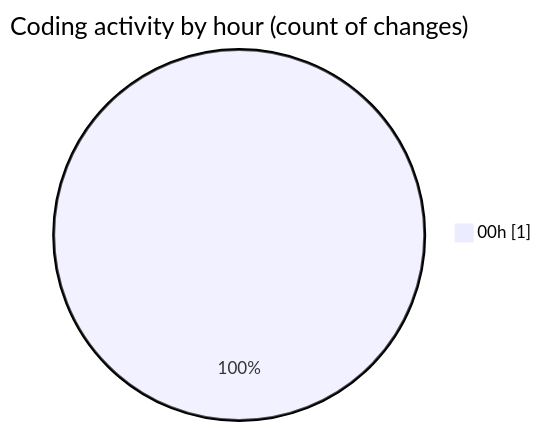
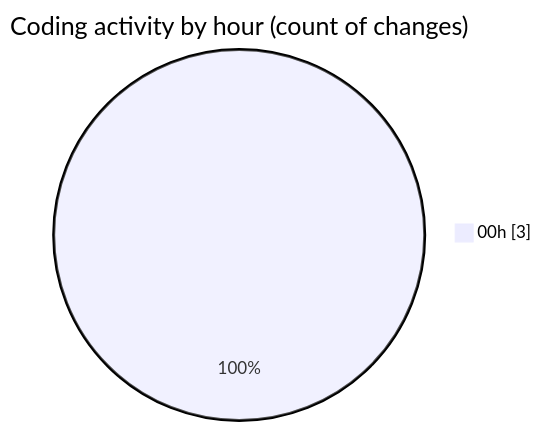
The second of 2 diagrams in 2025-07-14/telebot/README.md (jrari/code-tracking), drawn with Mermaid before and after one commit. The commit also changed other lines of this file and 1 other file, not shown here.

````diff
--- a/2025-07-14/telebot/README.md
+++ b/2025-07-14/telebot/README.md
@@ -28,5 +29,5 @@
 ```mermaid
 pie showData
 title Coding activity by hour (count of changes)
-"00h" : 1
+"00h" : 3
 ```
````
